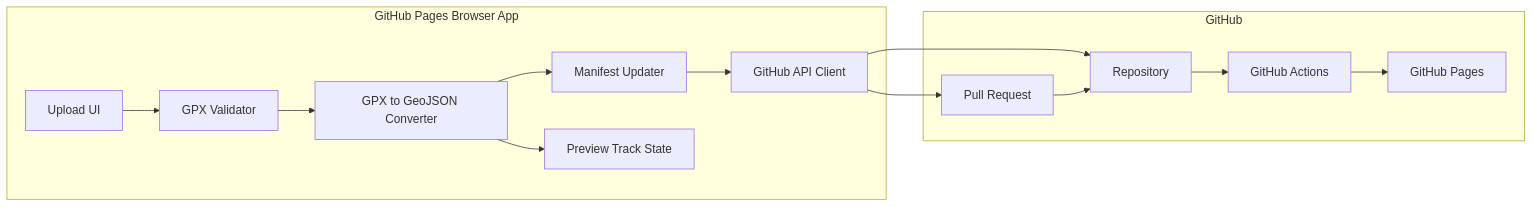
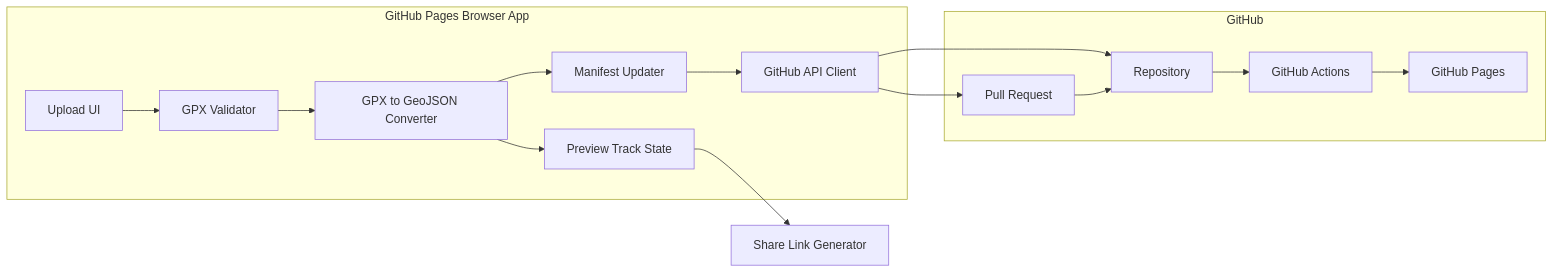
Before and after one commit to spaceshiptrip/trail-viewer: the third of 8 diagrams in PLAN.md, drawn with Mermaid. The commit also changed other lines of this file, not shown here.

````diff
--- a/PLAN.md
+++ b/PLAN.md
@@ -70,29 +71,30 @@
 ```mermaid
 flowchart LR
   subgraph Browser[GitHub Pages Browser App]
     U[Upload UI]
     V[GPX Validator]
     C[GPX to GeoJSON Converter]
     M[Manifest Updater]
     P[Preview Track State]
     G[GitHub API Client]
   end
 
   subgraph GitHub[GitHub]
     R[Repository]
     PR[Pull Request]
     A[GitHub Actions]
     Pages[GitHub Pages]
   end
 
   U --> V
   V --> C
   C --> M
   C --> P
   M --> G
+  P --> S[Share Link Generator]
   G --> R
   G --> PR
   PR --> R
   R --> A
   A --> Pages
 ```
````
